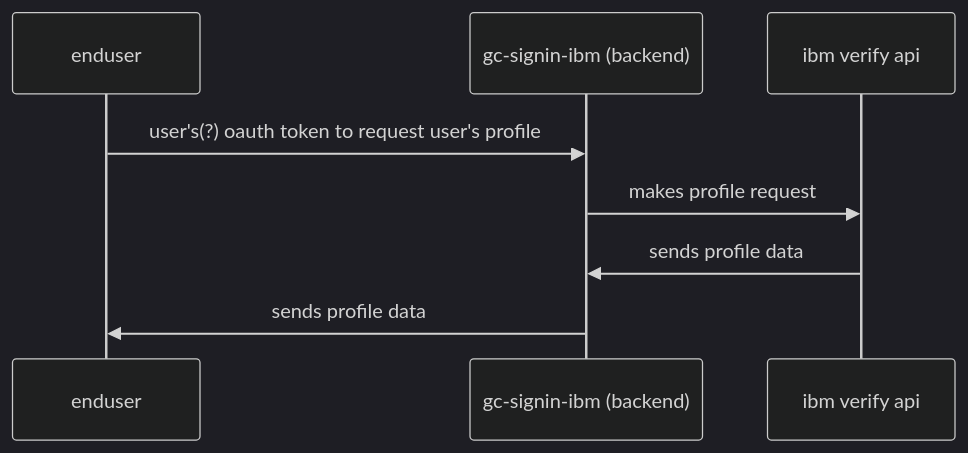
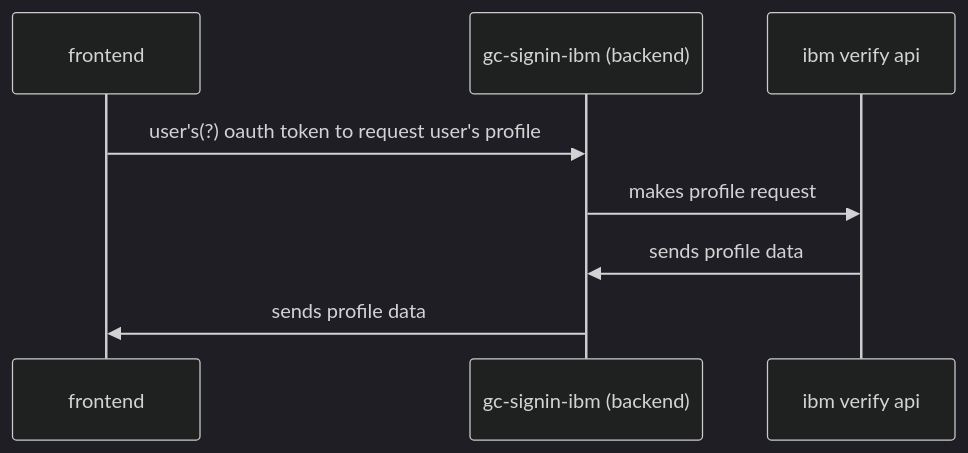
One commit to cds-snc/canadalogin-user-selfservice-webapp changed the diagram in docs/profile endpoint flow.mermaid. Above: the diagram before and after it, drawn with Mermaid (dark theme). The commit also changed 3 other files, not shown here.

```diff
--- a/docs/profile endpoint flow.mermaid
+++ b/docs/profile endpoint flow.mermaid
@@ -1,8 +1,8 @@
 sequenceDiagram
-    participant enduser
+    participant frontend
     participant gc-signin-ibm (backend)
     participant ibm verify api
-    enduser->>gc-signin-ibm (backend): user's(?) oauth token to request user's profile    
+    frontend->>gc-signin-ibm (backend): user's(?) oauth token to request user's profile    
     gc-signin-ibm (backend)->>ibm verify api: makes profile request
     ibm verify api->>gc-signin-ibm (backend): sends profile data
-    gc-signin-ibm (backend) ->>enduser: sends profile data
+    gc-signin-ibm (backend) ->>frontend: sends profile data
```
